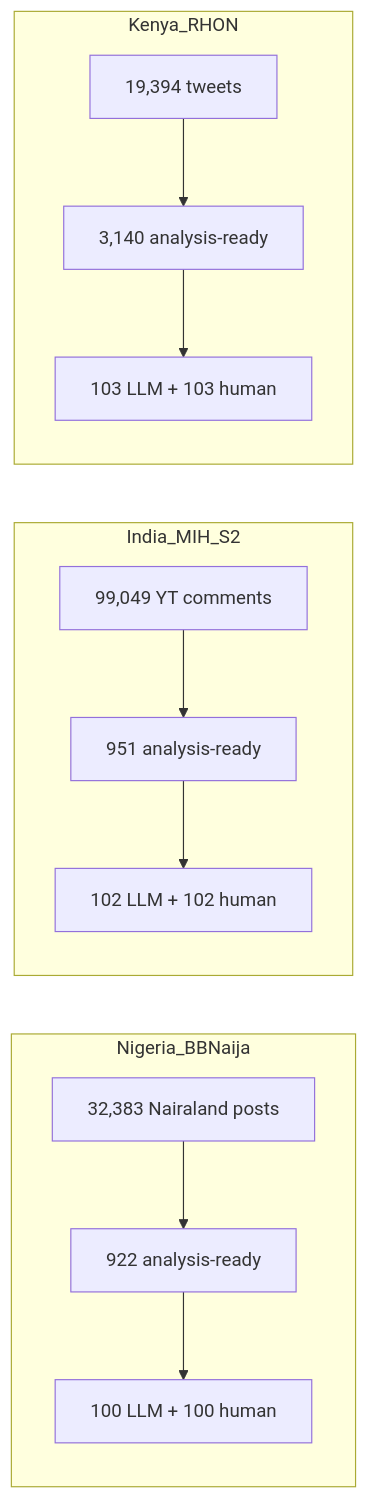
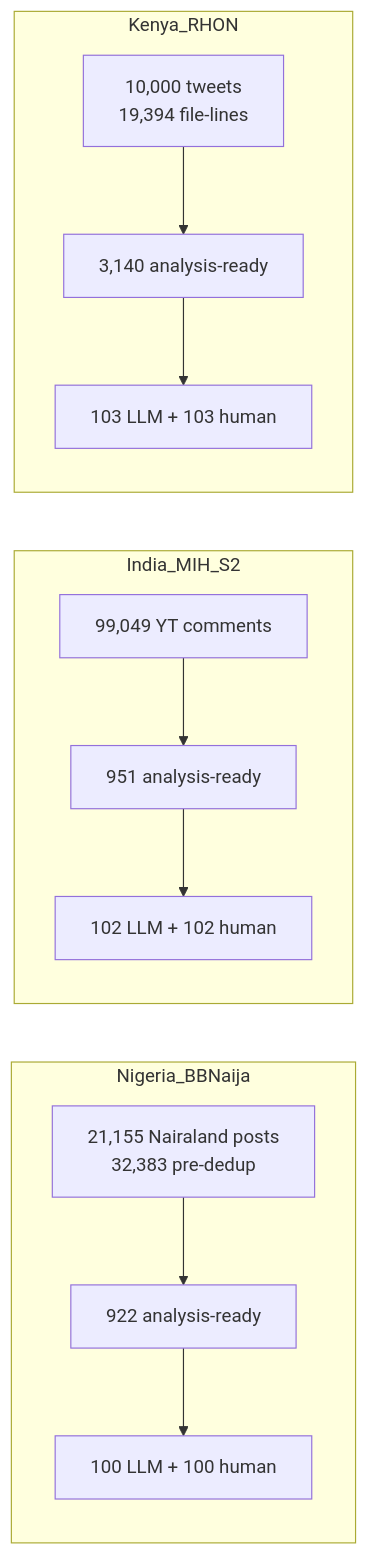
The third of 5 diagrams in README.md (sushildalavi/WB-Project), drawn with Mermaid before and after one commit. The commit also changed other lines of this file and 1 other file, not shown here.

Commit message:
docs: reconcile shipped row counts vs report pre-dedup numbers

````diff
--- a/README.md
+++ b/README.md
@@ -67,12 +67,12 @@
 ```mermaid
 flowchart LR
   subgraph Nigeria_BBNaija
-    N1[32,383 Nairaland posts] --> N2[922 analysis-ready] --> N3[100 LLM + 100 human]
+    N1[21,155 Nairaland posts<br/>32,383 pre-dedup] --> N2[922 analysis-ready] --> N3[100 LLM + 100 human]
   end
   subgraph India_MIH_S2
     I1[99,049 YT comments] --> I2[951 analysis-ready] --> I3[102 LLM + 102 human]
   end
   subgraph Kenya_RHON
-    K1[19,394 tweets] --> K2[3,140 analysis-ready] --> K3[103 LLM + 103 human]
+    K1[10,000 tweets<br/>19,394 file-lines] --> K2[3,140 analysis-ready] --> K3[103 LLM + 103 human]
   end
 ```
````
